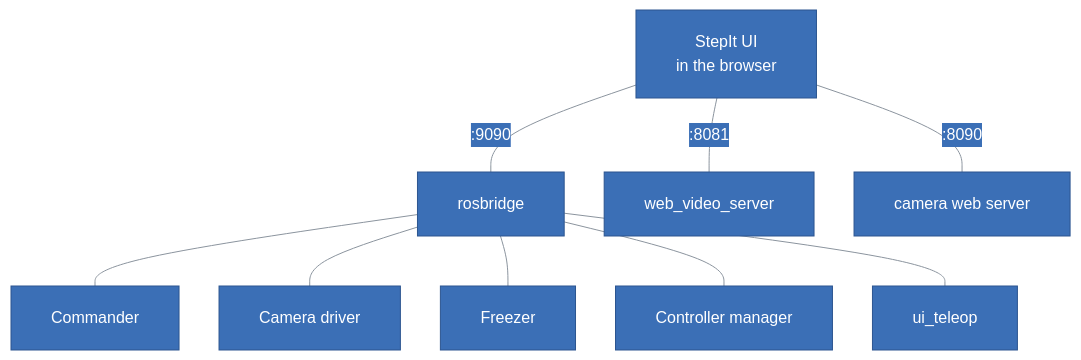
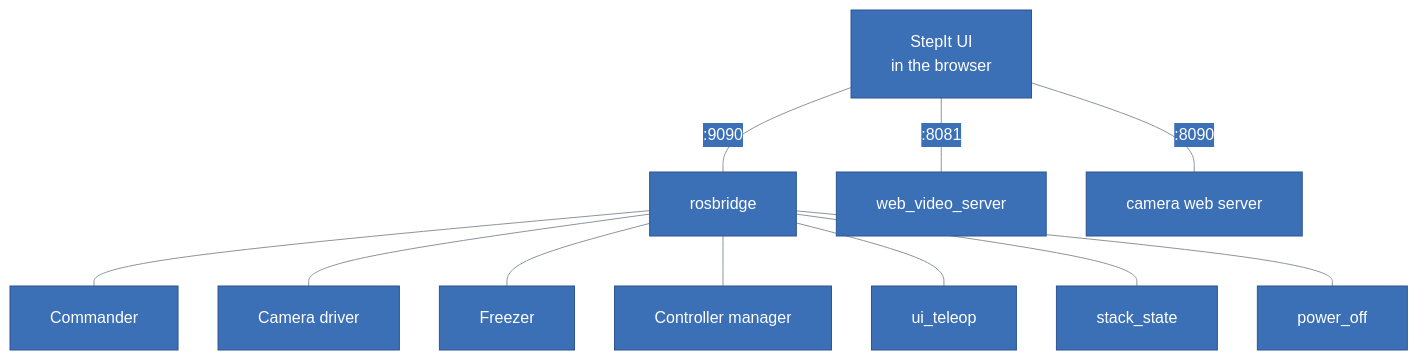
Before and after one commit to kineticsystem/stepit-macro: the first of 5 diagrams in ui/docs/ARCHITECTURE.md, drawn with Mermaid. The commit also changed other lines of this file and 1 other file, not shown here.

Commit message:
Keep only the current situation in the review
stack_state fixed the reload of the plugin after a change of the
commander's parameters, and gave the state file one owner: remove those
findings, the recommendation that led there and every historical note,
renumber the rest, and describe the rule that keeps the commander's node
unchanged. StepIt UI's architecture shows stack_state and power_off, and
lists the stack's tests.

````diff
--- a/ui/docs/ARCHITECTURE.md
+++ b/ui/docs/ARCHITECTURE.md
@@ -38,68 +38,70 @@
 ```mermaid
 ---
 config:
   theme: base
   themeCSS: ".edgeLabel p { padding: 4px 10px; }"
   flowchart:
     padding: 20
     nodeSpacing: 40
     rankSpacing: 50
   class:
     padding: 16
   sequence:
     boxMargin: 12
     boxTextMargin: 8
     noteMargin: 28
     messageMargin: 40
     actorMargin: 60
     labelBoxWidth: 56
     labelBoxHeight: 28
   themeVariables:
     primaryColor: "#3b6fb6"
     primaryTextColor: "#ffffff"
     primaryBorderColor: "#2c5590"
     lineColor: "#8b949e"
     textColor: "#4d86d6"
     actorBkg: "#3b6fb6"
     actorBorder: "#2c5590"
     actorTextColor: "#ffffff"
     actorLineColor: "#8b949e"
     signalColor: "#8b949e"
     signalTextColor: "#4d86d6"
     noteBkgColor: "#3b6fb6"
     noteTextColor: "#ffffff"
     noteBorderColor: "#2c5590"
     secondaryColor: "#3b6fb6"
     tertiaryColor: "#3b6fb6"
     clusterBkg: "transparent"
     clusterBorder: "#8b949e"
     titleColor: "#4d86d6"
     edgeLabelBackground: "#3b6fb6"
     classText: "#ffffff"
     labelBoxBkgColor: "#3b6fb6"
     labelBoxBorderColor: "#2c5590"
     labelTextColor: "#ffffff"
     loopTextColor: "#4d86d6"
     mainBkg: "#3b6fb6"
     nodeBorder: "#2c5590"
     nodeTextColor: "#ffffff"
     secondaryBorderColor: "#2c5590"
     secondaryTextColor: "#ffffff"
     tertiaryBorderColor: "#2c5590"
     tertiaryTextColor: "#ffffff"
     errorBkgColor: "#3b6fb6"
     errorTextColor: "#ffffff"
 ---
 flowchart TB
     Page["StepIt UI<br/>in the browser"]
     Page -- ":9090" --- Bridge["rosbridge"]
     Page -- ":8081" --- Video["web_video_server"]
     Page -- ":8090" --- Web["camera web server"]
     Bridge --- Commander["Commander"]
     Bridge --- Camera["Camera driver"]
     Bridge --- Freezer["Freezer"]
     Bridge --- CM["Controller manager"]
     Bridge --- Teleop["ui_teleop"]
+    Bridge --- State["stack_state"]
+    Bridge --- Power["power_off"]
 
     classDef default fill:#3b6fb6,stroke:#2c5590,color:#ffffff
 ```
````
